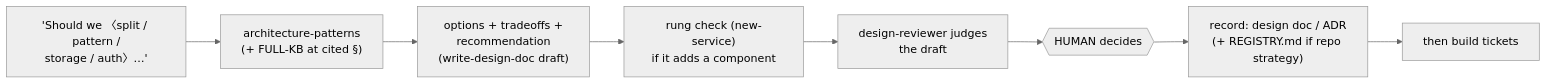
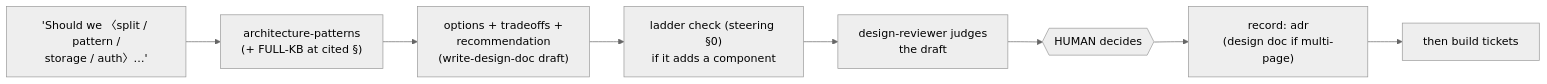
The fourth of 5 diagrams in docs/workflows.md (KSriki/agent-harness-template), drawn with Mermaid (neutral theme) before and after one commit. The commit also changed other lines of this file and 12 other files, not shown here.

````diff
--- a/docs/workflows.md
+++ b/docs/workflows.md
@@ -62,5 +55,5 @@
 ```mermaid
 flowchart LR
-    Q["'Should we 〈split / pattern /<br/>storage / auth〉…'"] --> AP["architecture-patterns<br/>(+ FULL-KB at cited §)"] --> OPT["options + tradeoffs +<br/>recommendation<br/>(write-design-doc draft)"] --> RUNG["rung check (new-service)<br/>if it adds a component"] --> DR["design-reviewer judges<br/>the draft"] --> H{{"HUMAN decides"}}
-    H --> REC["record: design doc / ADR<br/>(+ REGISTRY.md if repo strategy)"] --> BUILD["then build tickets"]
+    Q["'Should we 〈split / pattern /<br/>storage / auth〉…'"] --> AP["architecture-patterns<br/>(+ FULL-KB at cited §)"] --> OPT["options + tradeoffs +<br/>recommendation<br/>(write-design-doc draft)"] --> RUNG["ladder check (steering §0)<br/>if it adds a component"] --> DR["design-reviewer judges<br/>the draft"] --> H{{"HUMAN decides"}}
+    H --> REC["record: adr<br/>(design doc if multi-page)"] --> BUILD["then build tickets"]
 ```
````
